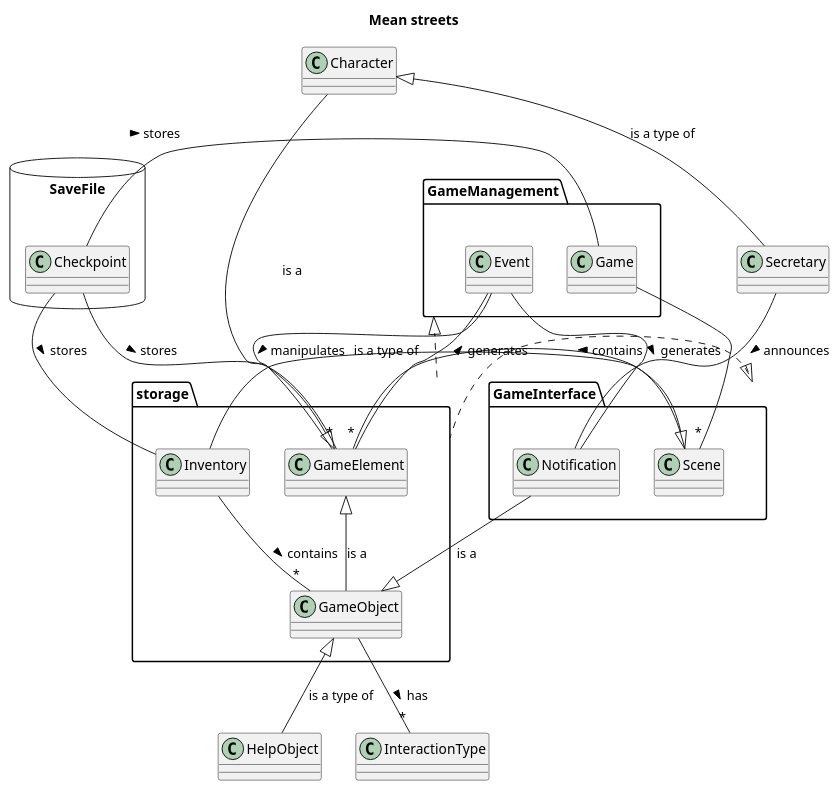
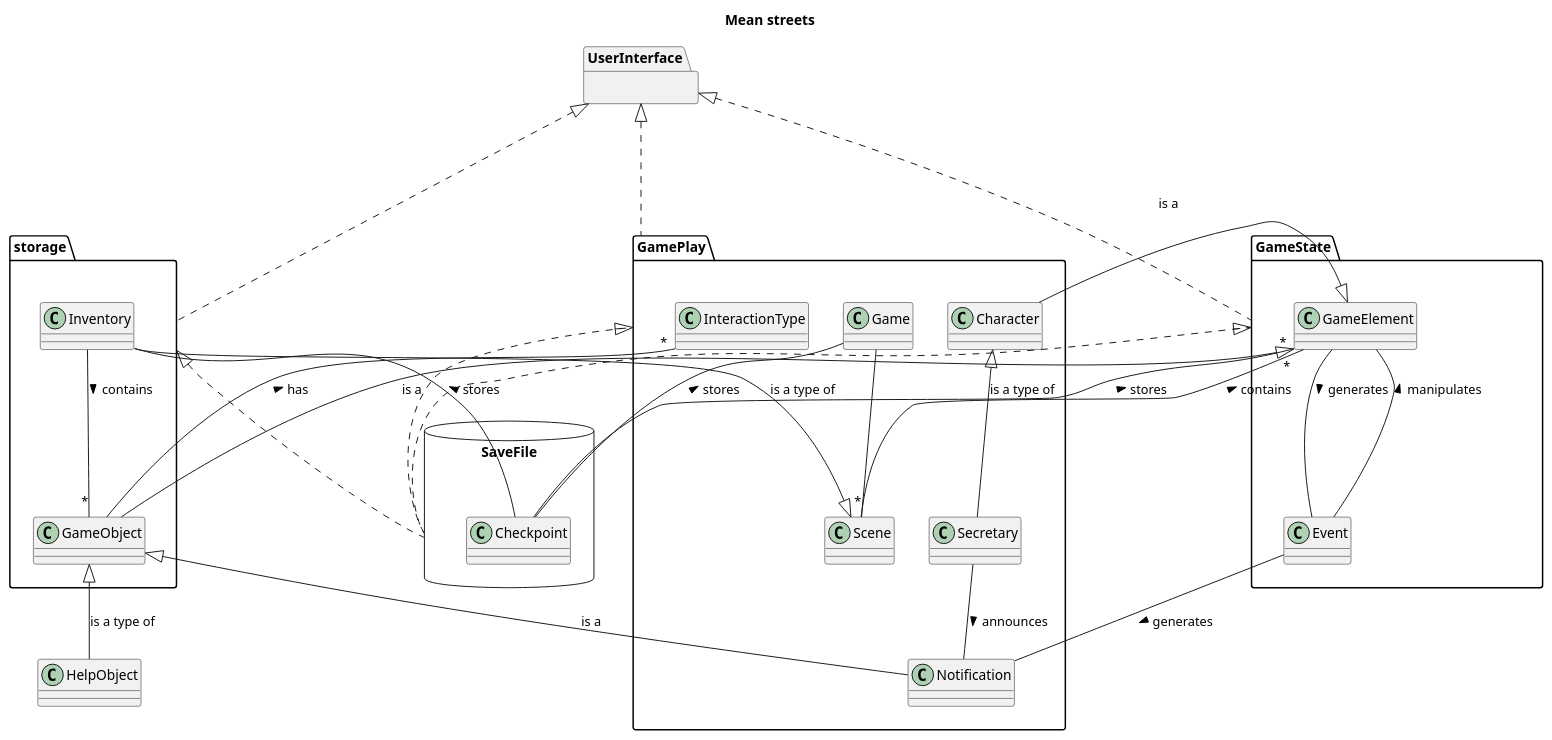
Before and after one commit to NoahHakansson/SE-PA1460: the diagram in architectDiagram.pu, drawn with PlantUML.

Commit message:
Updated package diagram

```diff
--- a/architectDiagram.pu
+++ b/architectDiagram.pu
@@ -1,47 +1,63 @@
 @startuml
 title Mean streets
-
-package GameManagement {
-    class Game
-    class Event
-}
 
 package storage {
     class Inventory
     class GameObject
-    class GameElement
 }
 
 database SaveFile {
     class Checkpoint
 }
 
-package GameInterface {
-    class Scene
-    class Notification
+package UserInterface {}
+
+package GameState {
+    class GameElement
+    class Event
 }
 
-GameManagement <|.... storage
-GameInterface <|.. storage
+package GamePlay {
+    class Game
+    class Scene
+    class Secretary
+    class Character
+    class Notification
+    class InteractionType
+}
+
+UserInterface <|... storage
+UserInterface <|... GamePlay
+UserInterface <|... GameState
+
+storage <|... SaveFile
+GamePlay <|... SaveFile
+GameState <|... SaveFile
+
+storage -down[hidden]- SaveFile
+GamePlay -down[hidden]- SaveFile
+GameState -down[hidden]- SaveFile
+
+
 
 
 Game -- "*" Scene
 
 Checkpoint -- "*" GameElement : stores >
 Checkpoint -- Inventory : stores >
 Checkpoint - Game : stores >
 Character <|-- Secretary : is a type of
 GameElement <|-- GameObject : is a
 GameElement <|-- Character : is a
 Scene - "*" GameElement : contains >
 Scene <|-- Inventory : is a type of
 Inventory -- "*" GameObject : contains >
 GameElement -- Event : generates >
 Event -- Notification : generates >
 Event -- GameElement : manipulates >
 Secretary -- Notification : announces >
 GameObject <|-- HelpObject : is a type of
 GameObject <|-- Notification : is a
 GameObject -- "*" InteractionType : has >
 
 @enduml
```
